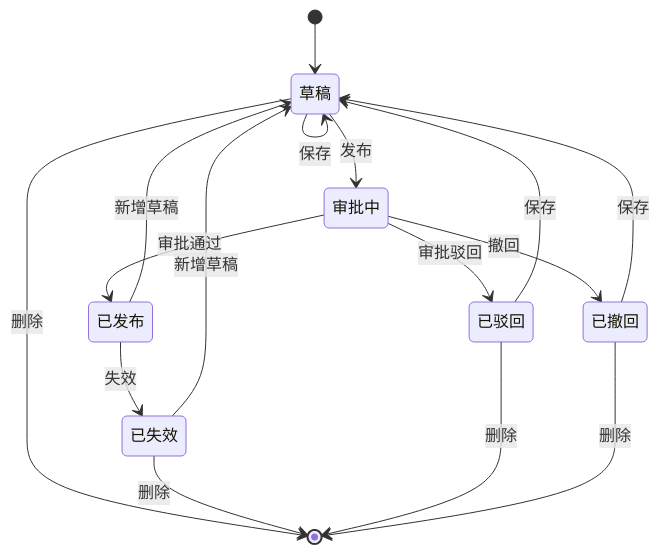
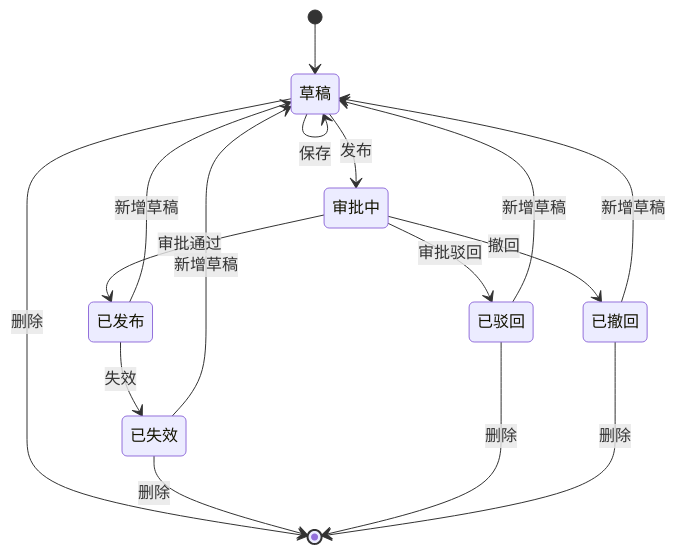
The second of 17 diagrams in front/doc/2026年6月文档/连接流配置需求设计说明书.md (THZSummer/open-app), drawn with Mermaid before and after one commit. The commit also changed other lines of this file and 2 other files, not shown here.

````diff
--- a/front/doc/2026年6月文档/连接流配置需求设计说明书.md
+++ b/front/doc/2026年6月文档/连接流配置需求设计说明书.md
@@ -180,18 +192,18 @@
 ```mermaid
 stateDiagram-v2
   [*] --> 草稿
   草稿 --> 审批中: 发布
   草稿 --> 草稿: 保存
   草稿 --> [*]: 删除
   审批中 --> 已撤回: 撤回
   审批中 --> 已驳回: 审批驳回
   审批中 --> 已发布: 审批通过
   已发布 --> 已失效: 失效
   已发布 --> 草稿: 新增草稿
   已失效 --> 草稿: 新增草稿
-  已驳回 --> 草稿: 保存
-  已撤回 --> 草稿: 保存
+  已驳回 --> 草稿: 新增草稿
+  已撤回 --> 草稿: 新增草稿
   已失效 --> [*]: 删除
   已驳回 --> [*]: 删除
   已撤回 --> [*]: 删除
 ```
````
